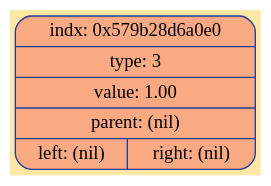
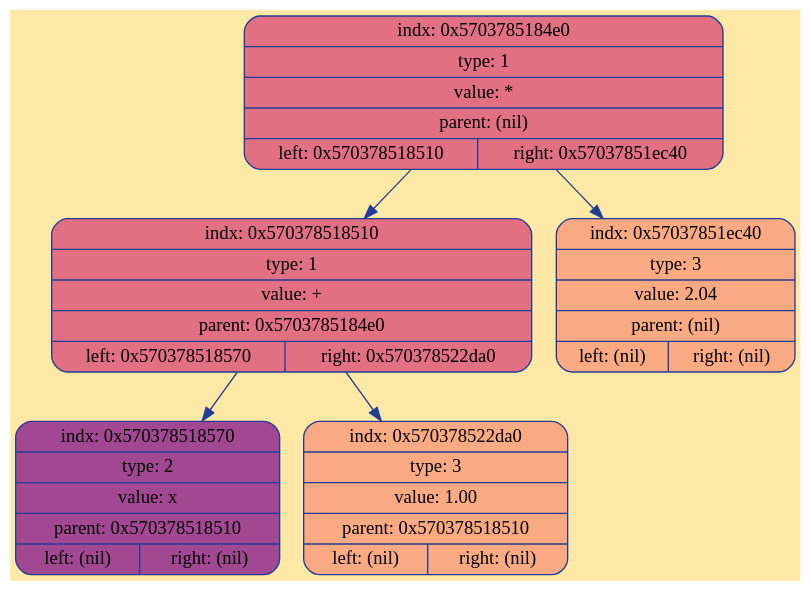
Before and after one commit to ksshkh/differentiator: the diagram in debug/tree.dot, drawn with Graphviz. The commit also changed 7 other files, not shown here.

```diff
--- a/debug/tree.dot
+++ b/debug/tree.dot
@@ -1,7 +1,15 @@
 digraph Tree {
 	rankdir = TB;
 	node [shape = record];
 	edge [color = "#203D98"];
 	bgcolor = "#FFE7A5";
-	node0x579b28d6a0e0 [color = "#203D98", shape = Mrecord, style = filled, fillcolor = "#FAAA82", label = "{indx: 0x579b28d6a0e0 | type: 3 | value: 1.00 | parent: (nil) | { left: (nil) | right: (nil)}}"];
+	node0x5703785184e0 [color = "#203D98", shape = Mrecord, style = filled, fillcolor = "#E07082", label = "{indx: 0x5703785184e0 | type: 1 | value: * | parent: (nil) | { left: 0x570378518510 | right: 0x57037851ec40}}"];
+		node0x5703785184e0 -> node0x570378518510
+	node0x570378518510 [color = "#203D98", shape = Mrecord, style = filled, fillcolor = "#E07082", label = "{indx: 0x570378518510 | type: 1 | value: + | parent: 0x5703785184e0 | { left: 0x570378518570 | right: 0x570378522da0}}"];
+		node0x570378518510 -> node0x570378518570
+	node0x570378518570 [color = "#203D98", shape = Mrecord, style = filled, fillcolor = "#A24892", label = "{indx: 0x570378518570 | type: 2 | value: x | parent: 0x570378518510 | { left: (nil) | right: (nil)}}"];
+		node0x570378518510 -> node0x570378522da0
+	node0x570378522da0 [color = "#203D98", shape = Mrecord, style = filled, fillcolor = "#FAAA82", label = "{indx: 0x570378522da0 | type: 3 | value: 1.00 | parent: 0x570378518510 | { left: (nil) | right: (nil)}}"];
+		node0x5703785184e0 -> node0x57037851ec40
+	node0x57037851ec40 [color = "#203D98", shape = Mrecord, style = filled, fillcolor = "#FAAA82", label = "{indx: 0x57037851ec40 | type: 3 | value: 2.04 | parent: (nil) | { left: (nil) | right: (nil)}}"];
 }
```
